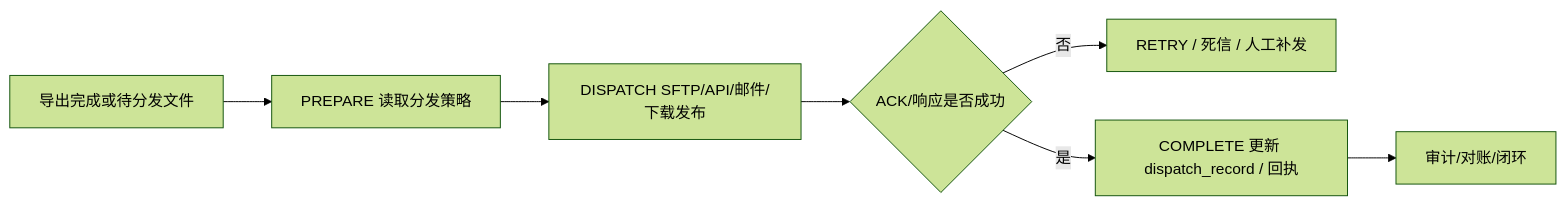
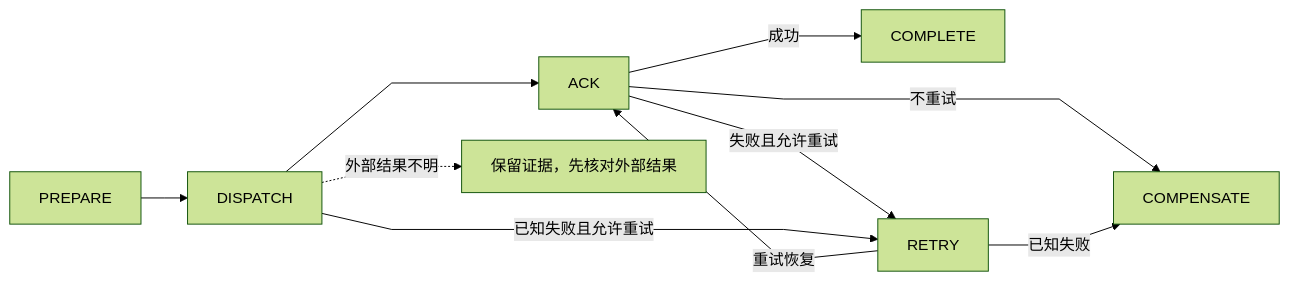
Before and after one commit to pinpols/file-batch-system: the fourth of 8 diagrams in docs/design/file-pipeline-design.md, drawn with Mermaid (forest theme). The commit also changed other lines of this file and 5032 other files, not shown here.

````diff
--- a/docs/design/file-pipeline-design.md
+++ b/docs/design/file-pipeline-design.md
@@ -735,9 +749,13 @@
 ```mermaid
+%%{init: {"flowchart":{"curve":"linear","nodeSpacing":32,"rankSpacing":48},"sequence":{"mirrorActors":false}}}%%
 flowchart LR
-    A[导出完成或待分发文件] --> B[PREPARE 读取分发策略]
-    B --> C[DISPATCH SFTP/API/邮件/下载发布]
-    C --> D{ACK/响应是否成功}
-    D -- 否 --> E[RETRY / 死信 / 人工补发]
-    D -- 是 --> F[COMPLETE 更新 dispatch_record / 回执]
-    F --> G[审计/对账/闭环]
+  P[PREPARE] --> D[DISPATCH]
+  D --> A[ACK]
+  A -->|成功| C[COMPLETE]
+  A -->|失败且允许重试| R[RETRY]
+  D -->|已知失败且允许重试| R
+  R -->|重试恢复| A
+  A -->|不重试| X[COMPENSATE]
+  R -->|已知失败| X
+  D -. 外部结果不明 .-> U[保留证据，先核对外部结果]
 ```
````
